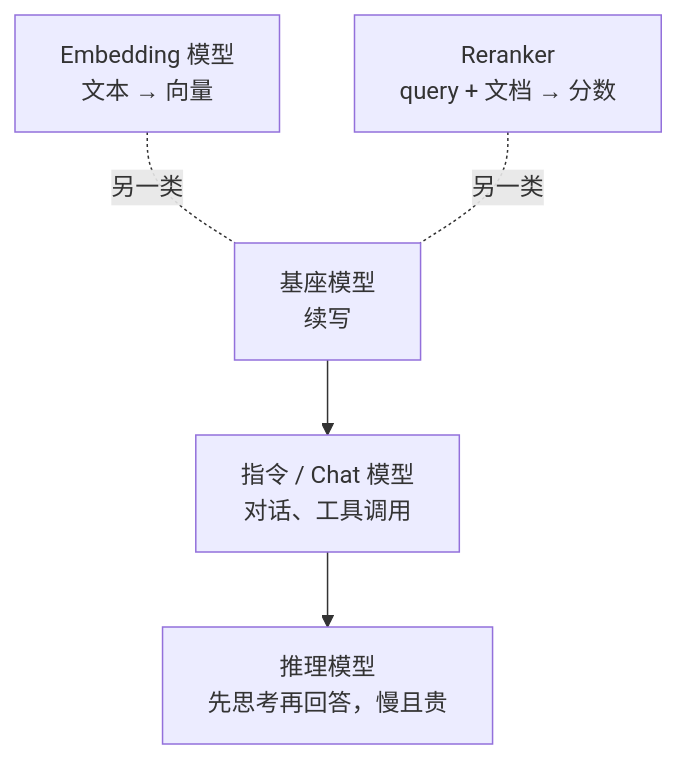
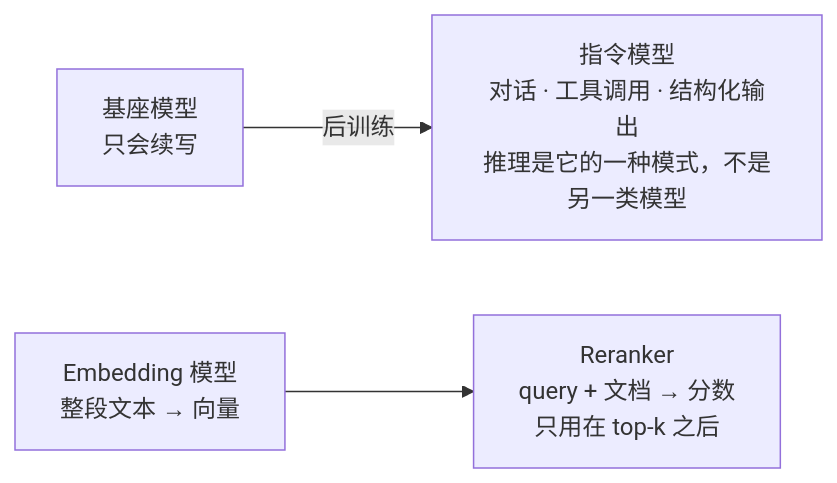
The diagram in prerequisites/llm-foundations/07-model-landscape/README.md (lance2016/ai-app-engineering), drawn with Mermaid before and after one commit. The commit also changed other lines of this file and 7 other files, not shown here.

````diff
--- a/prerequisites/llm-foundations/07-model-landscape/README.md
+++ b/prerequisites/llm-foundations/07-model-landscape/README.md
@@ -23,7 +23,5 @@
 ```mermaid
-flowchart TB
-    B[基座模型<br/>续写] --> I[指令 / Chat 模型<br/>对话、工具调用]
-    I --> R[推理模型<br/>先思考再回答，慢且贵]
-    E[Embedding 模型<br/>文本 → 向量] -.另一类.- B
-    K[Reranker<br/>query + 文档 → 分数] -.另一类.- B
+flowchart LR
+    B["基座模型<br/>只会续写"] -->|后训练| I["指令模型<br/>对话 · 工具调用 · 结构化输出<br/>推理是它的一种模式，不是另一类模型"]
+    E["Embedding 模型<br/>整段文本 → 向量"] --> K["Reranker<br/>query + 文档 → 分数<br/>只用在 top-k 之后"]
 ```
````
